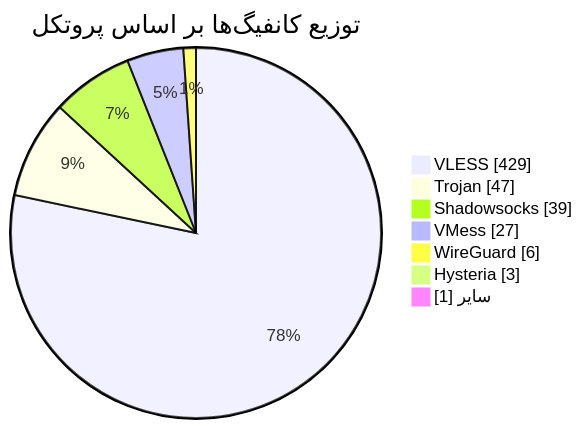
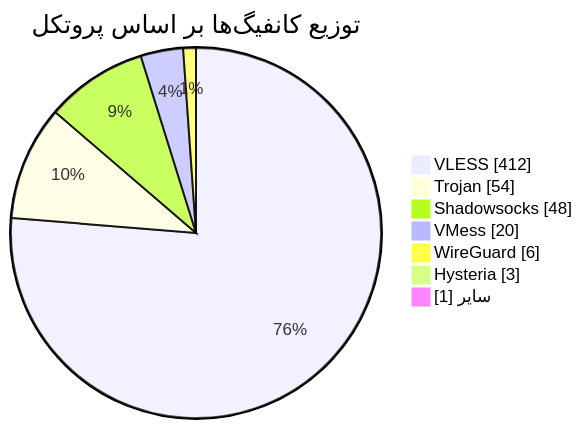
One commit to Arian-Alijani/Somthing changed the diagram in README.md. Above: the diagram before and after it, drawn with Mermaid. The commit also changed other lines of this file and 65 other files, not shown here.

````diff
--- a/README.md
+++ b/README.md
@@ -49,11 +49,11 @@
 ```mermaid
 pie showData
     title توزیع کانفیگ‌ها بر اساس پروتکل
-    "VLESS" : 429
-    "Trojan" : 47
-    "Shadowsocks" : 39
-    "VMess" : 27
+    "VLESS" : 412
+    "Trojan" : 54
+    "Shadowsocks" : 48
+    "VMess" : 20
     "WireGuard" : 6
     "Hysteria" : 3
     "سایر" : 1
 ```
````
